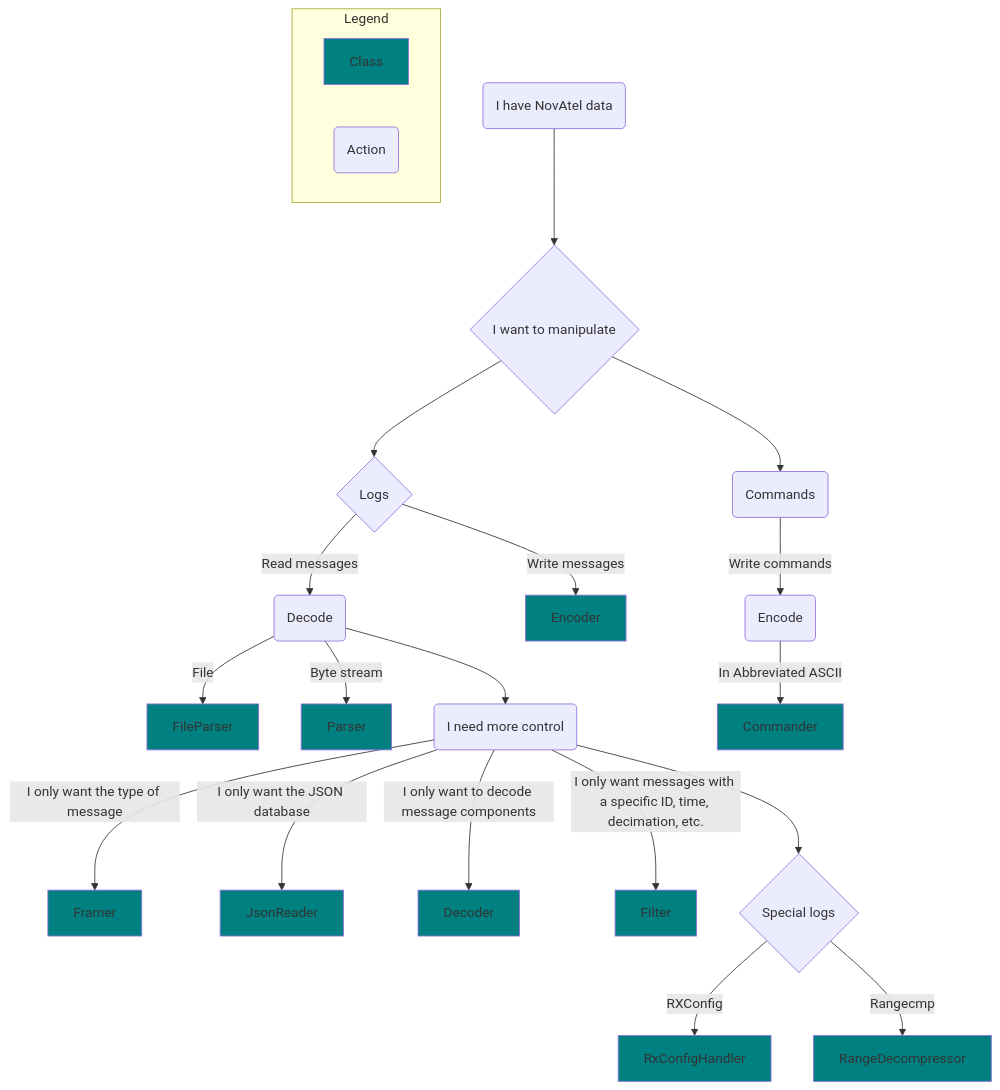
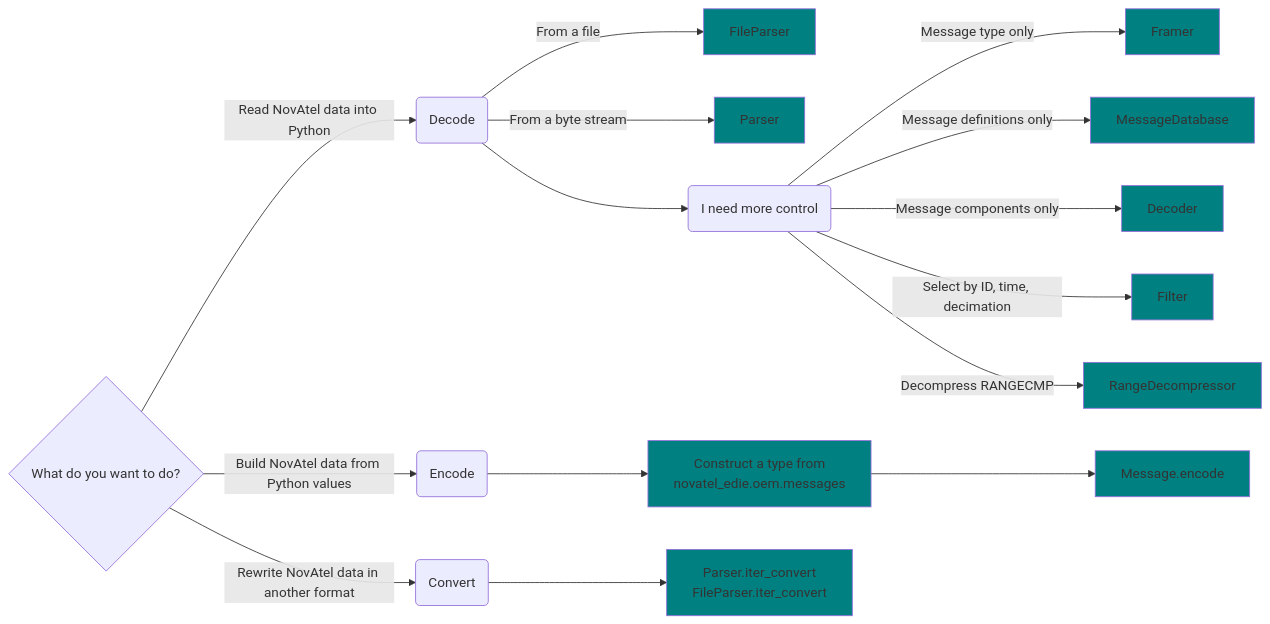
Before and after one commit to novatel/novatel_edie: the diagram in python/readme.md, drawn with Mermaid. The commit also changed other lines of this file and 11 other files, not shown here.

````diff
--- a/python/readme.md
+++ b/python/readme.md
@@ -52,27 +53,25 @@
 ```mermaid
-flowchart TD
-    START(I have NovAtel data) --> STEP_ONE{I want to manipulate}
-    STEP_ONE --> LOGS{Logs}
-    STEP_ONE --> COMMANDS(Commands)
-    LOGS -->|Read messages| DECODE(Decode)
-    LOGS -->|Write messages| ENCODER[Encoder]:::cppclass
-    COMMANDS -->|Write commands| ENCODE(Encode)
-    DECODE -->|File| FILE_PARSER[FileParser]:::cppclass
-    DECODE -->|Byte stream| PARSER[Parser]:::cppclass
+flowchart LR
+    START{What do you want to do?}
+
+    START -->|Read NovAtel data into Python| DECODE(Decode)
+    START -->|Build NovAtel data from Python values| ENCODE(Encode)
+    START -->|Rewrite NovAtel data in another format| CONVERT(Convert)
+
+    DECODE -->|From a file| FILE_PARSER[FileParser]:::cppclass
+    DECODE -->|From a byte stream| PARSER[Parser]:::cppclass
     DECODE --> MORE_CONTROL(I need more control)
-    MORE_CONTROL -->|I only want the type of message| FRAMER[Framer]:::cppclass
-    MORE_CONTROL -->|I only want the JSON database| JSON_READER[JsonReader]:::cppclass
-    MORE_CONTROL -->|I only want to decode message components| Decoder[Decoder]:::cppclass
-    MORE_CONTROL -->|I only want messages with a specific ID, time, decimation, etc.| FILTER[Filter]:::cppclass
-        MORE_CONTROL --> SPECIAL_LOGS{Special logs}
-    SPECIAL_LOGS -->|RXConfig| RXCONFIG_HANDLER[RxConfigHandler]:::cppclass
-    SPECIAL_LOGS -->|Rangecmp| RANGE_DECOMPRESSOR[RangeDecompressor]:::cppclass
-    ENCODE -->|In Abbreviated ASCII| COMMANDER[Commander]:::cppclass
 
-    subgraph Legend
-        CLASS[Class]:::cppclass
-        ACTION(Action)
-    end
+    ENCODE --> CONSTRUCT[Construct a type from<br/>novatel_edie.oem.messages]:::cppclass
+    CONSTRUCT --> MESSAGE_ENCODE[Message.encode]:::cppclass
+
+    CONVERT --> ITER_CONVERT[Parser.iter_convert<br/>FileParser.iter_convert]:::cppclass
+
+    MORE_CONTROL -->|Message type only| FRAMER[Framer]:::cppclass
+    MORE_CONTROL -->|Message definitions only| MESSAGE_DATABASE[MessageDatabase]:::cppclass
+    MORE_CONTROL -->|Message components only| DECODER[Decoder]:::cppclass
+    MORE_CONTROL -->|Select by ID, time, decimation| FILTER[Filter]:::cppclass
+    MORE_CONTROL -->|Decompress RANGECMP| RANGE_DECOMPRESSOR[RangeDecompressor]:::cppclass
 
     classDef cppclass fill:teal
 ```
````
